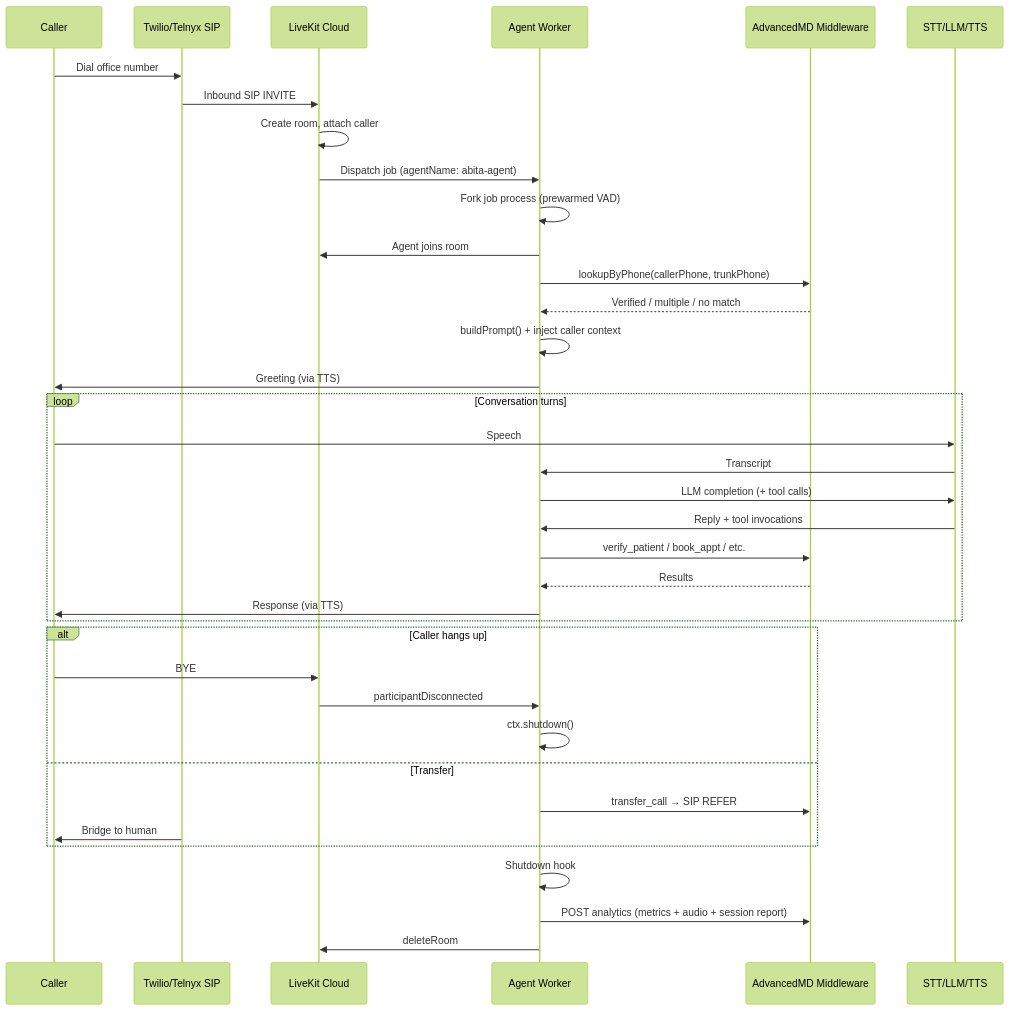
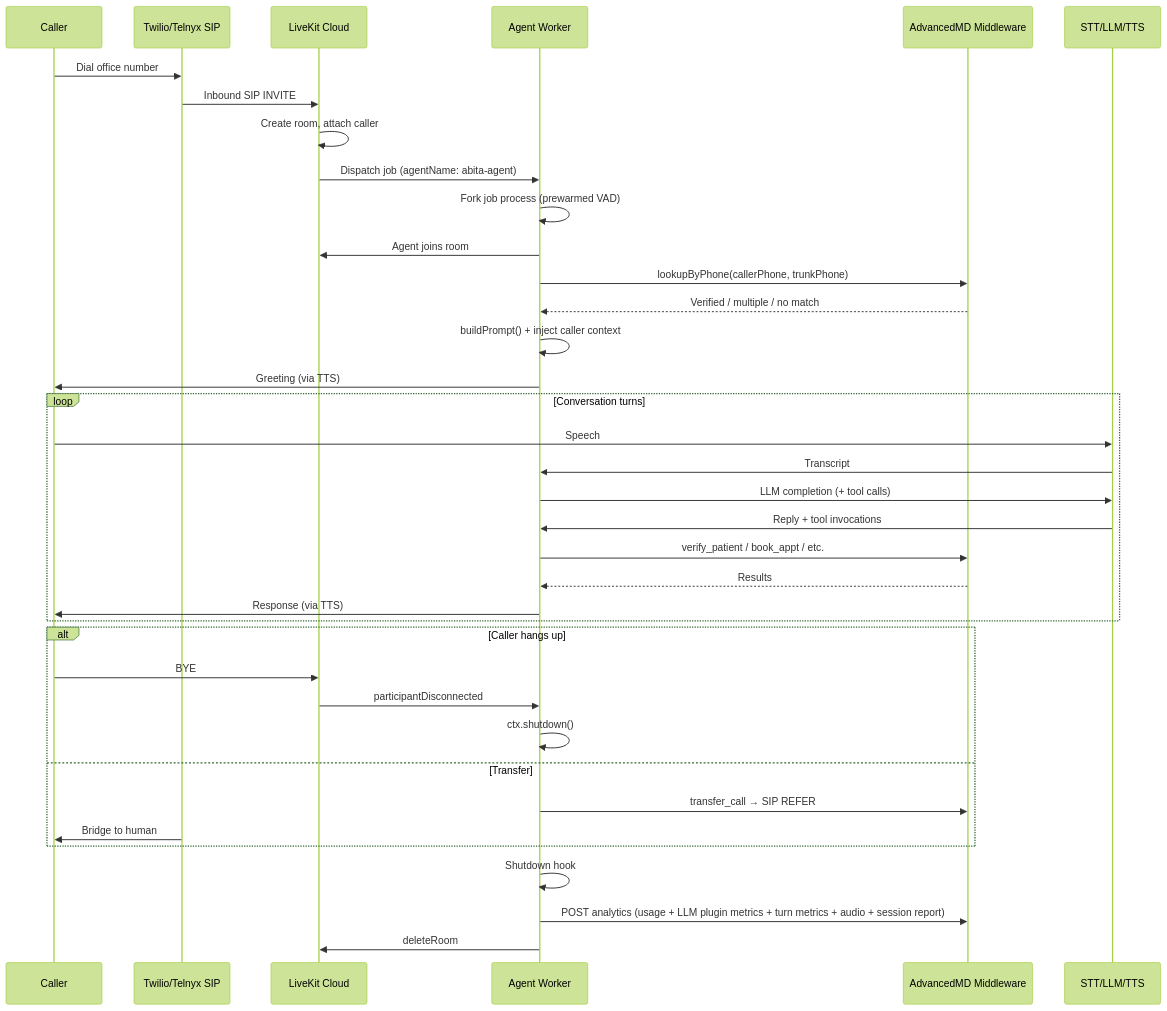
One commit to chasef07/abita_agent changed the diagram in README.md. Above: the diagram before and after it, drawn with Mermaid (forest theme). The commit also changed other lines of this file and 4 other files, not shown here.

````diff
--- a/README.md
+++ b/README.md
@@ -20,43 +20,43 @@
 ```mermaid
 sequenceDiagram
     participant Caller
     participant SIP as Twilio/Telnyx SIP
     participant LK as LiveKit Cloud
     participant W as Agent Worker
     participant AMD as AdvancedMD Middleware
     participant Models as STT/LLM/TTS
 
     Caller->>SIP: Dial office number
     SIP->>LK: Inbound SIP INVITE
     LK->>LK: Create room, attach caller
     LK->>W: Dispatch job (agentName: abita-agent)
     W->>W: Fork job process (prewarmed VAD)
     W->>LK: Agent joins room
     W->>AMD: lookupByPhone(callerPhone, trunkPhone)
     AMD-->>W: Verified / multiple / no match
     W->>W: buildPrompt() + inject caller context
     W->>Caller: Greeting (via TTS)
 
     loop Conversation turns
         Caller->>Models: Speech
         Models->>W: Transcript
         W->>Models: LLM completion (+ tool calls)
         Models->>W: Reply + tool invocations
         W->>AMD: verify_patient / book_appt / etc.
         AMD-->>W: Results
         W->>Caller: Response (via TTS)
     end
 
     alt Caller hangs up
         Caller->>LK: BYE
         LK->>W: participantDisconnected
         W->>W: ctx.shutdown()
     else Transfer
         W->>AMD: transfer_call → SIP REFER
         SIP->>Caller: Bridge to human
     end
 
     W->>W: Shutdown hook
-    W->>AMD: POST analytics (metrics + audio + session report)
+    W->>AMD: POST analytics (usage + LLM plugin metrics + turn metrics + audio + session report)
     W->>LK: deleteRoom
 ```
````
